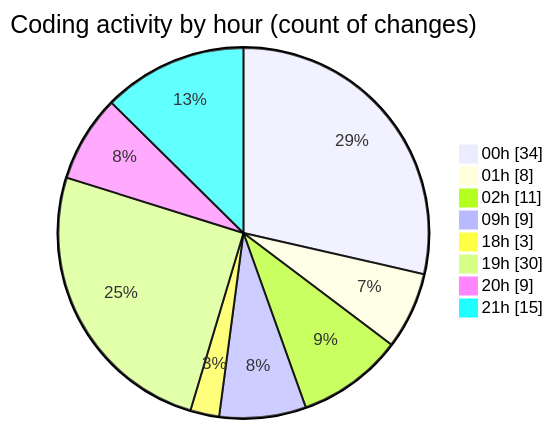
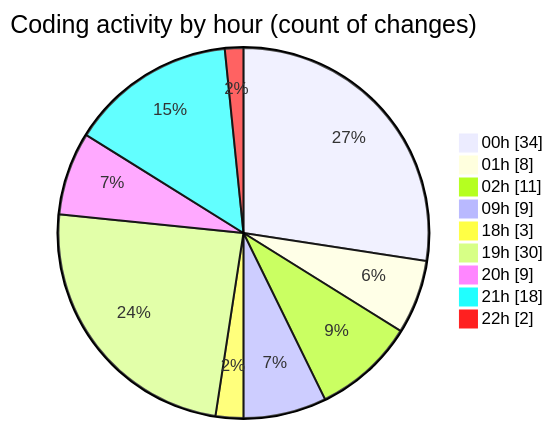
Before and after one commit to Elitesun/code-tracking: the second of 2 diagrams in 2025-05-18/niten/README.md, drawn with Mermaid. The commit also changed other lines of this file and 1 other file, not shown here.

````diff
--- a/2025-05-18/niten/README.md
+++ b/2025-05-18/niten/README.md
@@ -70,12 +70,13 @@
 ```mermaid
 pie showData
 title Coding activity by hour (count of changes)
 "00h" : 34
 "01h" : 8
 "02h" : 11
 "09h" : 9
 "18h" : 3
 "19h" : 30
 "20h" : 9
-"21h" : 15
+"21h" : 18
+"22h" : 2
 ```
````
